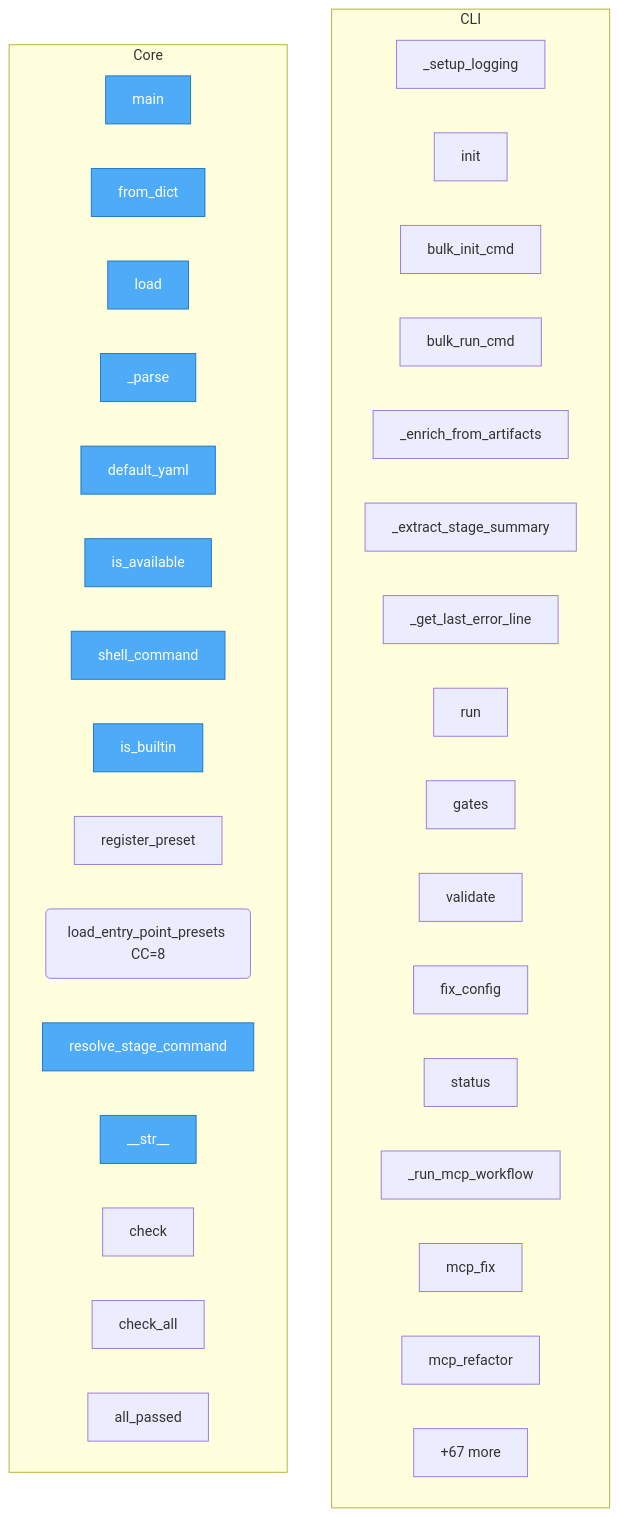
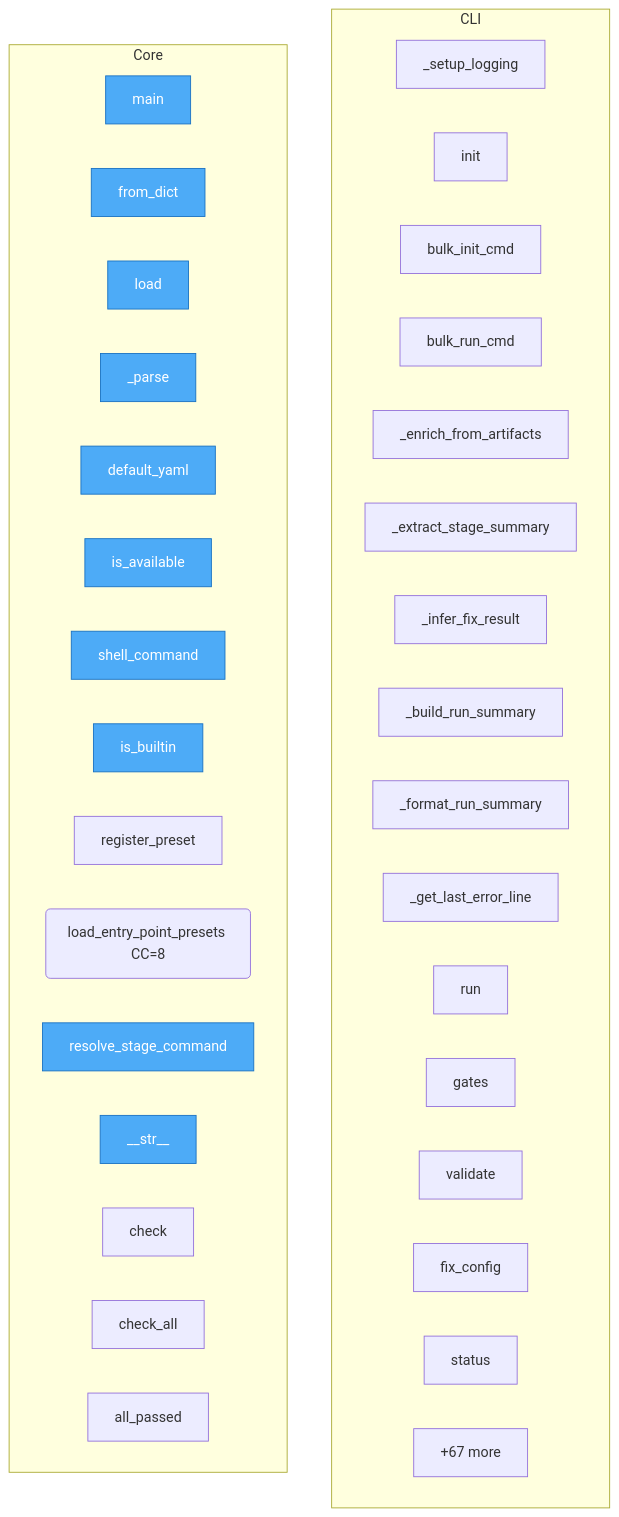
The diagram in project/flow.mmd (semcod/pyqual), drawn with Mermaid before and after one commit. The commit also changed 20 other files, not shown here.

```diff
--- a/project/flow.mmd
+++ b/project/flow.mmd
@@ -1,44 +1,44 @@
 flowchart TD
 
     %% Entry points (blue)
     classDef entry fill:#4dabf7,stroke:#1971c2,color:#fff
 
     subgraph CLI
         pyqual__cli___setup_logging["_setup_logging"]
         pyqual__cli__init["init"]
         pyqual__cli__bulk_init_cmd["bulk_init_cmd"]
         pyqual__cli__bulk_run_cmd["bulk_run_cmd"]
         pyqual__cli___enrich_from_artifacts["_enrich_from_artifacts"]
         pyqual__cli___extract_stage_summary["_extract_stage_summary"]
+        pyqual__cli___infer_fix_result["_infer_fix_result"]
+        pyqual__cli___build_run_summary["_build_run_summary"]
+        pyqual__cli___format_run_summary["_format_run_summary"]
         pyqual__cli___get_last_error_line["_get_last_error_line"]
         pyqual__cli__run["run"]
         pyqual__cli__gates["gates"]
         pyqual__cli__validate["validate"]
         pyqual__cli__fix_config["fix_config"]
         pyqual__cli__status["status"]
-        pyqual__cli___run_mcp_workflow["_run_mcp_workflow"]
-        pyqual__cli__mcp_fix["mcp_fix"]
-        pyqual__cli__mcp_refactor["mcp_refactor"]
-        ...["+26 more"]
+        ...["+29 more"]
     end
 
     subgraph Core
         run_analysis__main["main"]
         pyqual__config__GateConfig__from_dict["from_dict"]
         pyqual__config__PyqualConfig__load["load"]
         pyqual__config__PyqualConfig___parse["_parse"]
         pyqual__config__PyqualConfig__default_yaml["default_yaml"]
         pyqual__tools__ToolPreset__is_available["is_available"]
         pyqual__tools__ToolPreset__shell_command["shell_command"]
         pyqual__tools__is_builtin["is_builtin"]
         pyqual__tools__register_preset["register_preset"]
         pyqual__tools__load_entry_point_presets("load_entry_point_presets CC=8")
         pyqual__tools__resolve_stage_command["resolve_stage_command"]
         pyqual__gates__GateResult____str__["__str__"]
         pyqual__gates__Gate__check["check"]
         pyqual__gates__GateSet__check_all["check_all"]
         pyqual__gates__GateSet__all_passed["all_passed"]
         ...["+67 more"]
     end
 
     class run_analysis__main,pyqual__config__GateConfig__from_dict,pyqual__config__PyqualConfig__load,pyqual__config__PyqualConfig___parse,pyqual__config__PyqualConfig__default_yaml,pyqual__tools__ToolPreset__is_available,pyqual__tools__ToolPreset__shell_command,pyqual__tools__is_builtin,pyqual__tools__resolve_stage_command,pyqual__gates__GateResult____str__ entry
```
